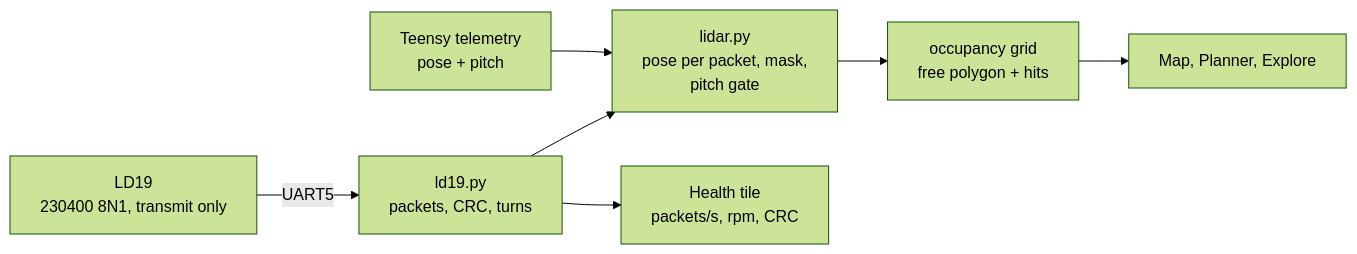
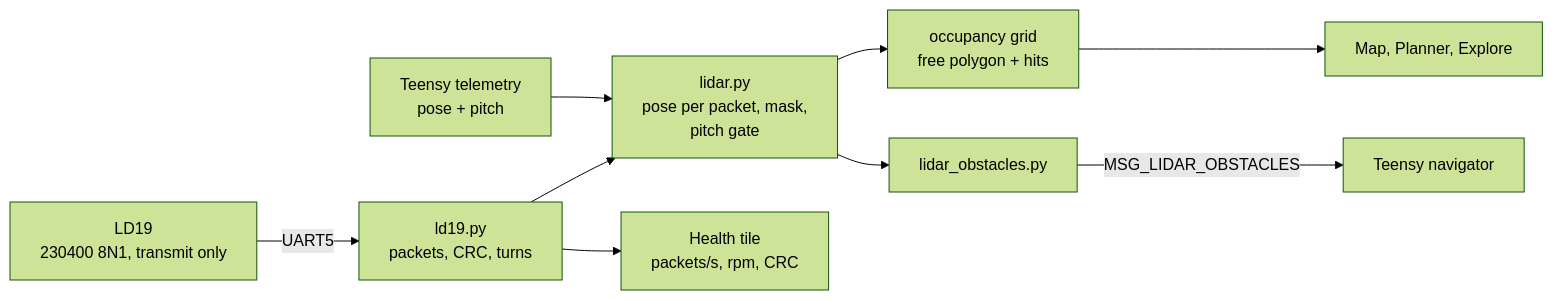
Before and after one commit to nespotts/self_balancing_robot_3: the first of 2 diagrams in docs/ld19.md, drawn with Mermaid (forest theme). The commit also changed other lines of this file and 20 other files, not shown here.

````diff
--- a/docs/ld19.md
+++ b/docs/ld19.md
@@ -6,8 +6,9 @@
 ```mermaid
 flowchart LR
   L[LD19<br>230400 8N1, transmit only] -- "UART5" --> R[ld19.py<br>packets, CRC, turns]
   T[Teensy telemetry<br>pose + pitch] --> P[lidar.py<br>pose per packet, mask,<br>pitch gate]
   R --> P --> G[occupancy grid<br>free polygon + hits]
   G --> M[Map, Planner, Explore]
   R --> H[Health tile<br>packets/s, rpm, CRC]
+  P --> O[lidar_obstacles.py] -- "MSG_LIDAR_OBSTACLES" --> N[Teensy navigator]
 ```
````
